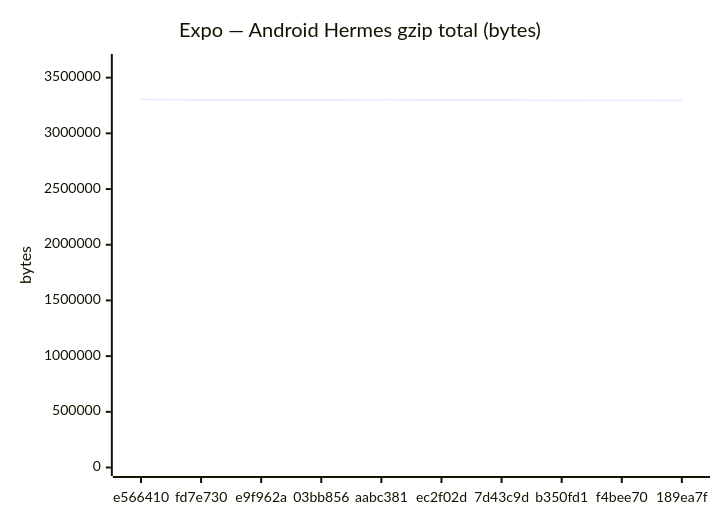
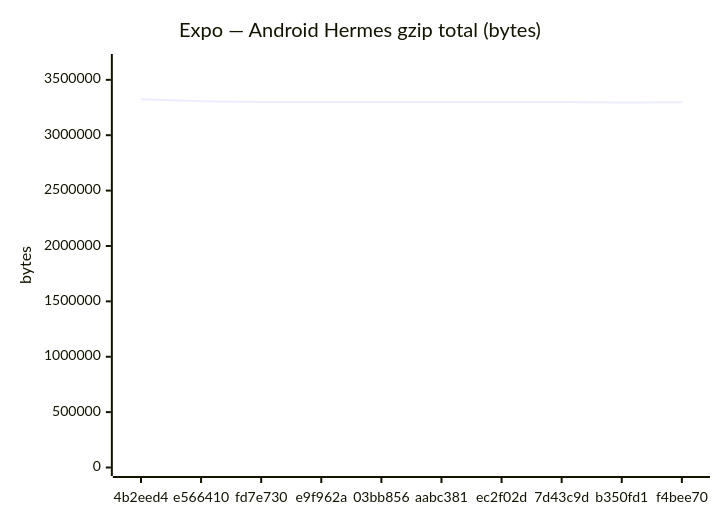
One commit to Metaheurist/Rianell changed the fifth of 18 diagrams in benchmarks/compare.md. Above: the diagram before and after it, drawn with Mermaid. The commit also changed other lines of this file and 11 other files, not shown here.

````diff
--- a/benchmarks/compare.md
+++ b/benchmarks/compare.md
@@ -89,7 +89,7 @@
 ```mermaid
 xychart-beta
     title "Expo — Android Hermes gzip total (bytes)"
-    x-axis ["e566410", "fd7e730", "e9f962a", "03bb856", "aabc381", "ec2f02d", "7d43c9d", "b350fd1", "f4bee70", "189ea7f"]
-    y-axis "bytes" 0 --> 3636104
-    line [3305549, 3300038, 3300034, 3300038, 3300630, 3300522, 3299950, 3296025, 3296632, 3296023]
+    x-axis ["4b2eed4", "e566410", "fd7e730", "e9f962a", "03bb856", "aabc381", "ec2f02d", "7d43c9d", "b350fd1", "f4bee70"]
+    y-axis "bytes" 0 --> 3656491
+    line [3324082, 3305549, 3300038, 3300034, 3300038, 3300630, 3300522, 3299950, 3296025, 3296632]
 ```
````
